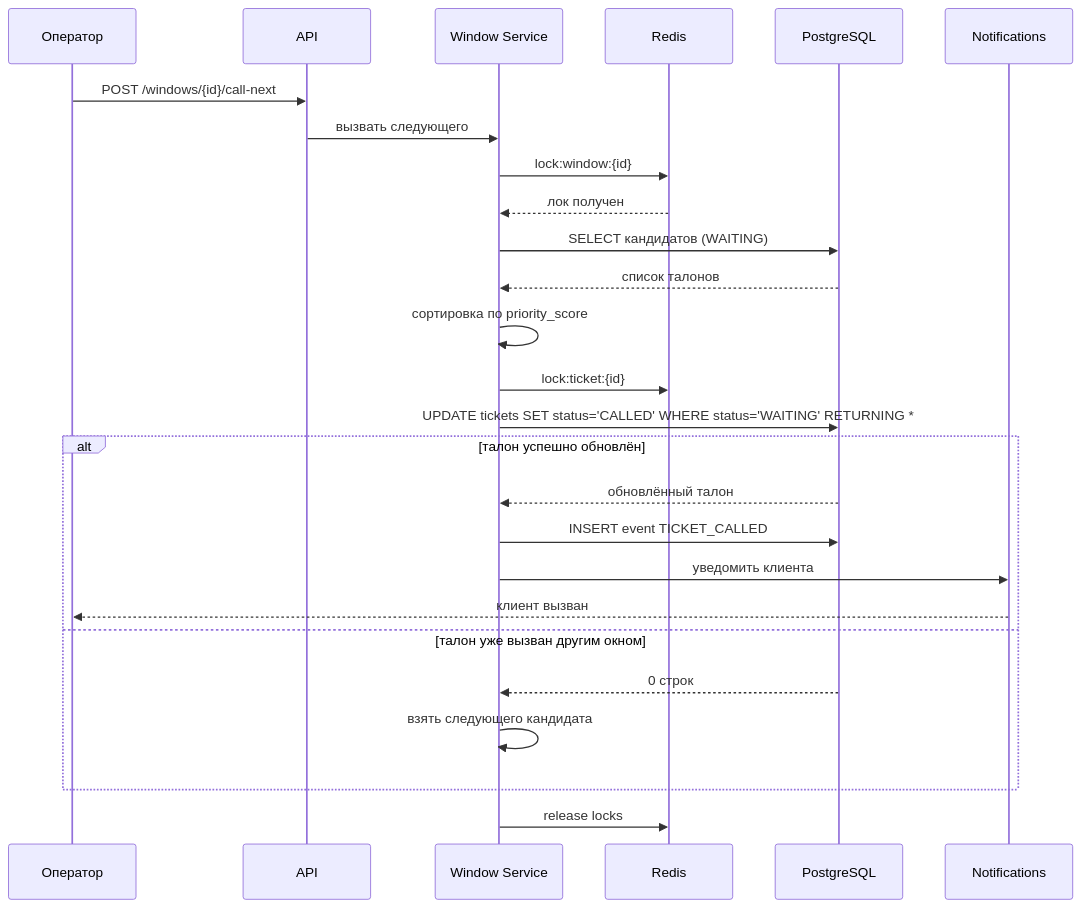
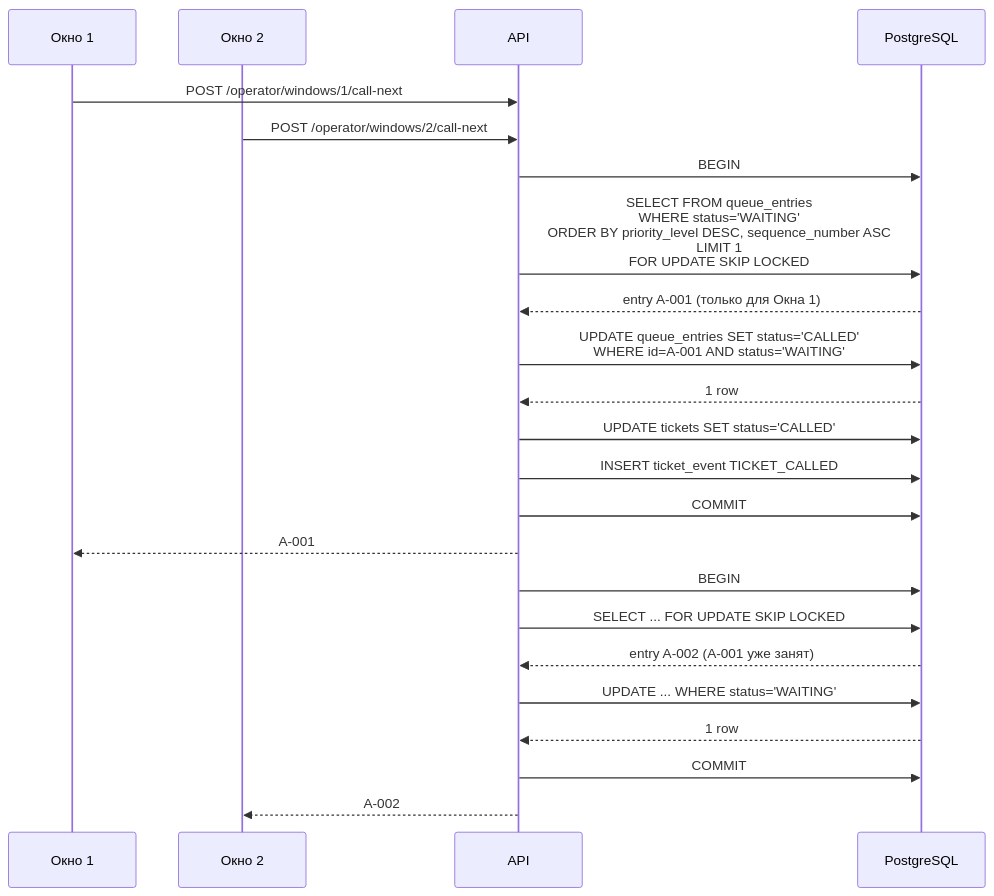
The fifth of 8 diagrams in docs/architecture.md (Rodion-NTQ-TEAM/tsifrovaya-ochere), drawn with Mermaid before and after one commit. The commit also changed other lines of this file, not shown here.

Commit message:
docs(architecture): убрать Redis, добавить observability

````diff
--- a/docs/architecture.md
+++ b/docs/architecture.md
@@ -187,29 +272,28 @@
 ```mermaid
 sequenceDiagram
-    participant O as Оператор
+    participant O1 as Окно 1
+    participant O2 as Окно 2
     participant API as API
-    participant W as Window Service
-    participant R as Redis
     participant DB as PostgreSQL
-    participant N as Notifications
 
-    O->>API: POST /windows/{id}/call-next
-    API->>W: вызвать следующего
-    W->>R: lock:window:{id}
-    R-->>W: лок получен
-    W->>DB: SELECT кандидатов (WAITING)
-    DB-->>W: список талонов
-    W->>W: сортировка по priority_score
-    W->>R: lock:ticket:{id}
-    W->>DB: UPDATE tickets SET status='CALLED' WHERE status='WAITING' RETURNING *
-    alt талон успешно обновлён
-        DB-->>W: обновлённый талон
-        W->>DB: INSERT event TICKET_CALLED
-        W->>N: уведомить клиента
-        N-->>O: клиент вызван
-    else талон уже вызван другим окном
-        DB-->>W: 0 строк
-        W->>W: взять следующего кандидата
-    end
-    W->>R: release locks
+    O1->>API: POST /operator/windows/1/call-next
+    O2->>API: POST /operator/windows/2/call-next
+
+    API->>DB: BEGIN
+    API->>DB: SELECT FROM queue_entries<br/>WHERE status='WAITING'<br/>ORDER BY priority_level DESC, sequence_number ASC<br/>LIMIT 1<br/>FOR UPDATE SKIP LOCKED
+    DB-->>API: entry A-001 (только для Окна 1)
+    API->>DB: UPDATE queue_entries SET status='CALLED'<br/>WHERE id=A-001 AND status='WAITING'
+    DB-->>API: 1 row
+    API->>DB: UPDATE tickets SET status='CALLED'
+    API->>DB: INSERT ticket_event TICKET_CALLED
+    API->>DB: COMMIT
+    API-->>O1: A-001
+
+    API->>DB: BEGIN
+    API->>DB: SELECT ... FOR UPDATE SKIP LOCKED
+    DB-->>API: entry A-002 (A-001 уже занят)
+    API->>DB: UPDATE ... WHERE status='WAITING'
+    DB-->>API: 1 row
+    API->>DB: COMMIT
+    API-->>O2: A-002
 ```
````
